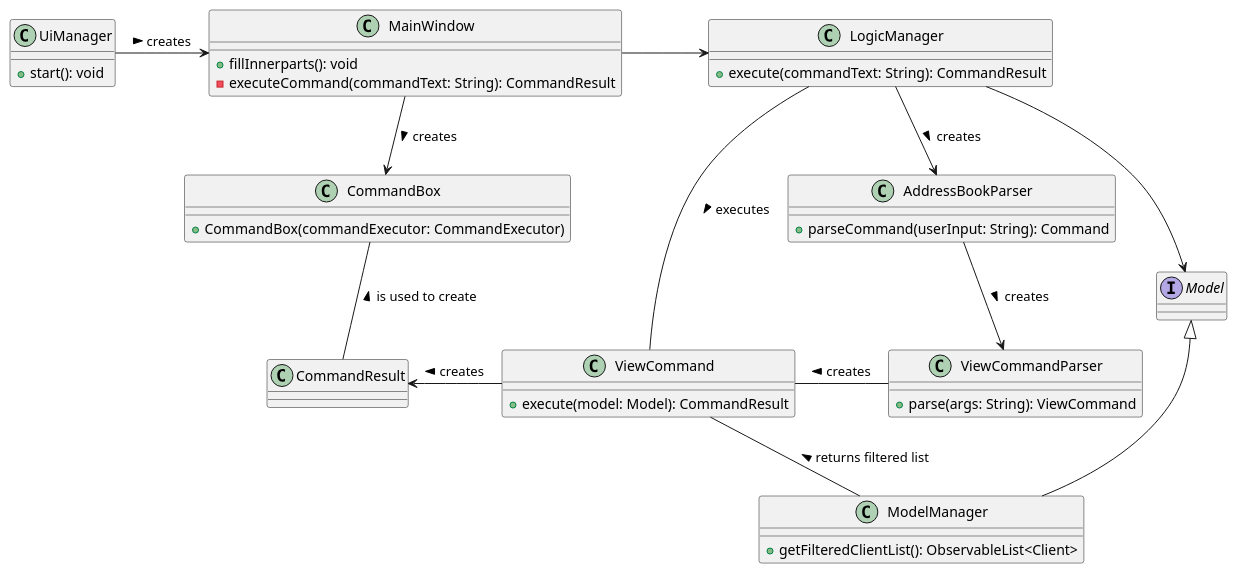
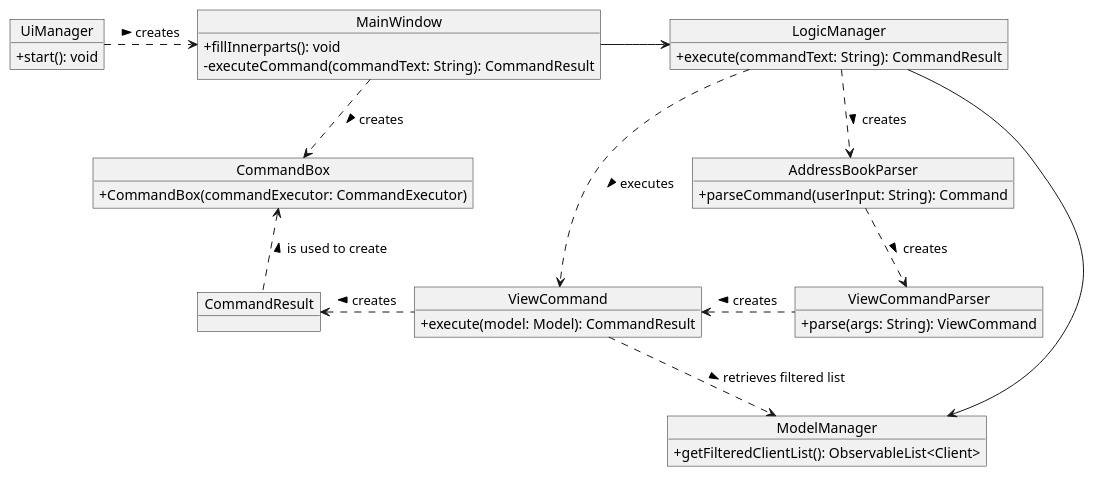
One commit to camille-readbean/tp changed the diagram in docs/diagrams/ViewClassDiagram.puml. Above: the diagram before and after it, drawn with PlantUML. The commit also changed 3 other files, not shown here.

Commit message:
Update find-tag and view class diagrams

```diff
--- a/docs/diagrams/ViewClassDiagram.puml
+++ b/docs/diagrams/ViewClassDiagram.puml
@@ -1,51 +1,54 @@
 @startuml
-class UiManager {
+skinparam classAttributeIconSize 0
+skinparam usecaseAttributeIconSize 0
+skinparam classAttributeFontSize 0
+skinparam usecaseAttributeFontSize 0
+
+object UiManager {
 + start(): void
 }
-class MainWindow {
+
+object MainWindow {
 + fillInnerparts(): void
 - executeCommand(commandText: String): CommandResult
 }
 
-class LogicManager {
+object LogicManager {
 + execute(commandText: String): CommandResult
 }
 
-class AddressBookParser {
+object AddressBookParser {
 + parseCommand(userInput: String): Command
 }
 
-class ViewCommandParser {
+object ViewCommandParser {
 + parse(args: String): ViewCommand
 }
 
-class ViewCommand {
+object ViewCommand {
 + execute(model: Model): CommandResult
 }
 
-class CommandResult {
+object CommandResult {
 }
 
-class CommandBox {
+object CommandBox {
 + CommandBox(commandExecutor: CommandExecutor)
 }
 
-interface Model
-
-class ModelManager {
+object ModelManager {
 + getFilteredClientList(): ObservableList<Client>
 }
 
-UiManager -> MainWindow : creates >
+UiManager .> MainWindow : creates >
 MainWindow -> LogicManager
-MainWindow --> CommandBox : creates >
-LogicManager --> AddressBookParser : creates >
-Model <|-- ModelManager
-LogicManager --> Model
-AddressBookParser --> ViewCommandParser : creates >
-ViewCommand - ViewCommandParser : creates <
-CommandResult <- ViewCommand : creates <
-ViewCommand -- ModelManager: returns filtered list <
-LogicManager -- ViewCommand : executes >
-CommandBox -- CommandResult : is used to create <
+MainWindow ..> CommandBox : creates >
+LogicManager ..> AddressBookParser : creates >
+LogicManager --> ModelManager
+AddressBookParser ..> ViewCommandParser : creates >
+ViewCommand <. ViewCommandParser : creates <
+CommandResult <. ViewCommand : creates <
+ViewCommand ..> ModelManager: retrieves filtered list >
+LogicManager ..> ViewCommand : executes >
+CommandBox <.. CommandResult : is used to create <
 @enduml
```
